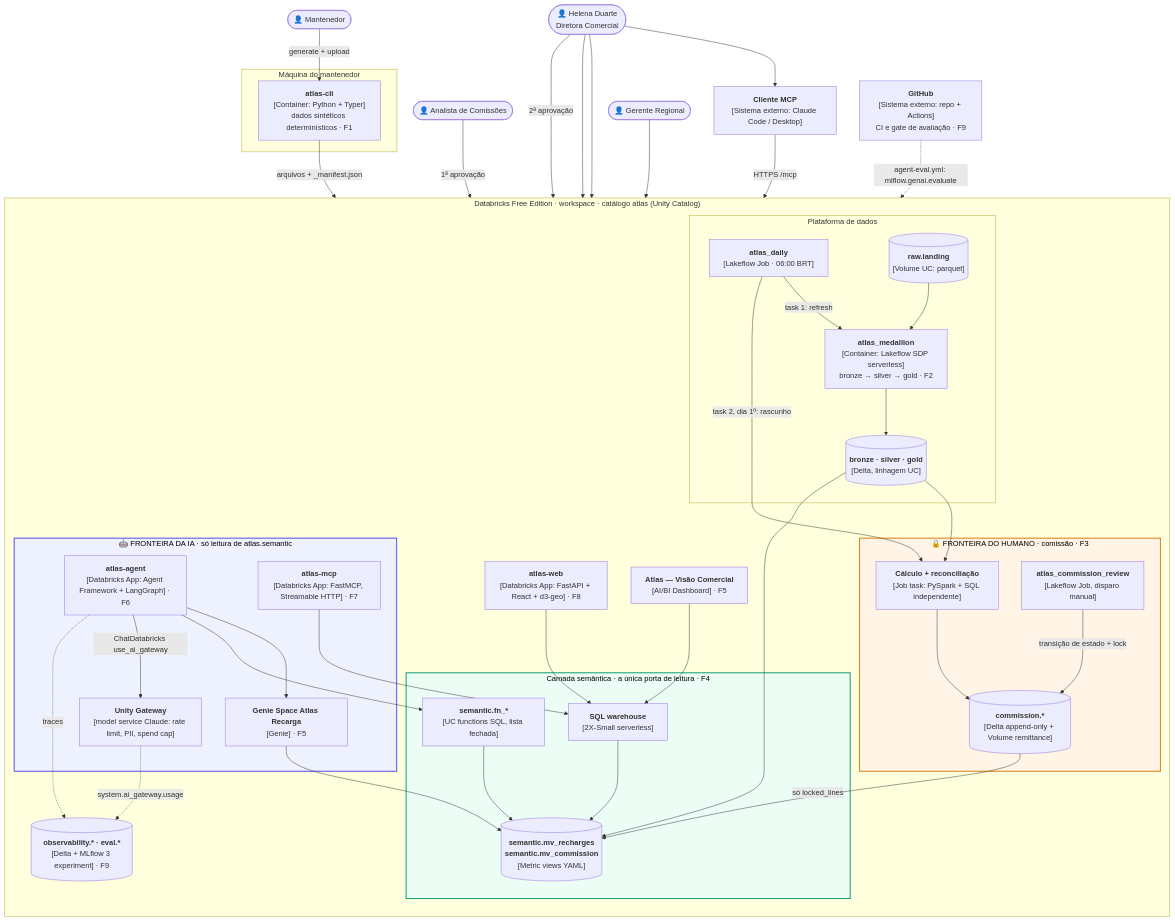
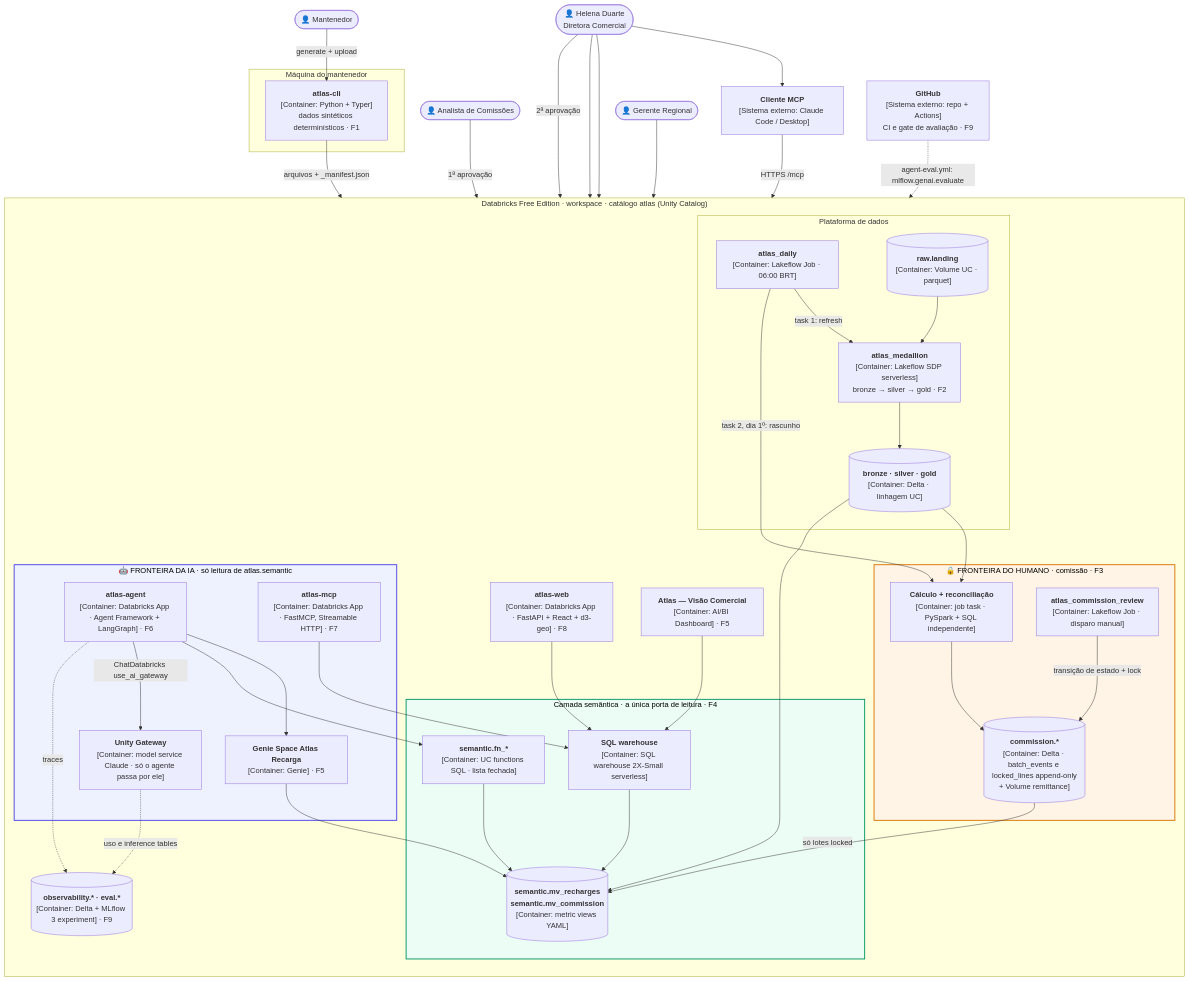
The first of 2 diagrams in docs/architecture.md (AndreFelippeVidal/atlas-recarga), drawn with Mermaid before and after one commit. The commit also changed other lines of this file and 1 other file, not shown here.

Commit message:
fix(architecture): align claims with specs after spec-reviewer
- no invented grants or job ACL; Genie is not in atlas_readers
- gateway row applies to the agent only (MCP bypasses it, ADR-0008)
- monitoring job is plan B only; single-user is a hypothesis (S0.6)
- append-only scope, plan B locations, C4 container labels
- test checks F1-F9 in the diagram too

```diff
--- a/docs/architecture.md
+++ b/docs/architecture.md
@@ -29,34 +29,34 @@
         direction TB
 
         subgraph dataplat["Plataforma de dados"]
-            landing[("<b>raw.landing</b><br/>[Volume UC: parquet]")]
-            daily["<b>atlas_daily</b><br/>[Lakeflow Job · 06:00 BRT]"]
+            landing[("<b>raw.landing</b><br/>[Container: Volume UC · parquet]")]
+            daily["<b>atlas_daily</b><br/>[Container: Lakeflow Job · 06:00 BRT]"]
             pipeline["<b>atlas_medallion</b><br/>[Container: Lakeflow SDP serverless]<br/>bronze → silver → gold · F2"]
-            gold[("<b>bronze · silver · gold</b><br/>[Delta, linhagem UC]")]
+            gold[("<b>bronze · silver · gold</b><br/>[Container: Delta · linhagem UC]")]
         end
 
         subgraph humanb["🔒 FRONTEIRA DO HUMANO · comissão · F3"]
-            calc["<b>Cálculo + reconciliação</b><br/>[Job task: PySpark + SQL independente]"]
-            review["<b>atlas_commission_review</b><br/>[Lakeflow Job, disparo manual]"]
-            commission[("<b>commission.*</b><br/>[Delta append-only + Volume remittance]")]
+            calc["<b>Cálculo + reconciliação</b><br/>[Container: job task · PySpark + SQL independente]"]
+            review["<b>atlas_commission_review</b><br/>[Container: Lakeflow Job · disparo manual]"]
+            commission[("<b>commission.*</b><br/>[Container: Delta · batch_events e locked_lines append-only<br/>+ Volume remittance]")]
         end
 
         subgraph sem["Camada semântica · a única porta de leitura · F4"]
-            mv[("<b>semantic.mv_recharges<br/>semantic.mv_commission</b><br/>[Metric views YAML]")]
-            fns["<b>semantic.fn_*</b><br/>[UC functions SQL, lista fechada]"]
-            wh["<b>SQL warehouse</b><br/>[2X-Small serverless]"]
+            mv[("<b>semantic.mv_recharges<br/>semantic.mv_commission</b><br/>[Container: metric views YAML]")]
+            fns["<b>semantic.fn_*</b><br/>[Container: UC functions SQL · lista fechada]"]
+            wh["<b>SQL warehouse</b><br/>[Container: SQL warehouse 2X-Small serverless]"]
         end
 
         subgraph aib["🤖 FRONTEIRA DA IA · só leitura de atlas.semantic"]
-            agent["<b>atlas-agent</b><br/>[Databricks App: Agent Framework + LangGraph] · F6"]
-            mcp["<b>atlas-mcp</b><br/>[Databricks App: FastMCP, Streamable HTTP] · F7"]
-            genie["<b>Genie Space Atlas Recarga</b><br/>[Genie] · F5"]
-            gateway["<b>Unity Gateway</b><br/>[model service Claude: rate limit, PII, spend cap]"]
+            agent["<b>atlas-agent</b><br/>[Container: Databricks App · Agent Framework + LangGraph] · F6"]
+            mcp["<b>atlas-mcp</b><br/>[Container: Databricks App · FastMCP, Streamable HTTP] · F7"]
+            genie["<b>Genie Space Atlas Recarga</b><br/>[Container: Genie] · F5"]
+            gateway["<b>Unity Gateway</b><br/>[Container: model service Claude · só o agente passa por ele]"]
         end
 
-        web["<b>atlas-web</b><br/>[Databricks App: FastAPI + React + d3-geo] · F8"]
-        aibi["<b>Atlas — Visão Comercial</b><br/>[AI/BI Dashboard] · F5"]
-        obs[("<b>observability.* · eval.*</b><br/>[Delta + MLflow 3 experiment] · F9")]
+        web["<b>atlas-web</b><br/>[Container: Databricks App · FastAPI + React + d3-geo] · F8"]
+        aibi["<b>Atlas — Visão Comercial</b><br/>[Container: AI/BI Dashboard] · F5"]
+        obs[("<b>observability.* · eval.*</b><br/>[Container: Delta + MLflow 3 experiment] · F9")]
     end
 
     maint -->|"generate + upload"| cli
@@ -70,7 +70,7 @@
     review -->|"transição de estado + lock"| commission
 
     gold --> mv
-    commission -->|"só locked_lines"| mv
+    commission -->|"só lotes locked"| mv
     fns --> mv
     wh --> mv
 
@@ -88,7 +88,7 @@
     agent -->|"ChatDatabricks use_ai_gateway"| gateway
 
     agent -.->|"traces"| obs
-    gateway -.->|"system.ai_gateway.usage"| obs
+    gateway -.->|"uso e inference tables"| obs
     github -.->|"agent-eval.yml: mlflow.genai.evaluate"| agent
 
     classDef human fill:#fff4e5,stroke:#d97706,stroke-width:2px,color:#000
```
